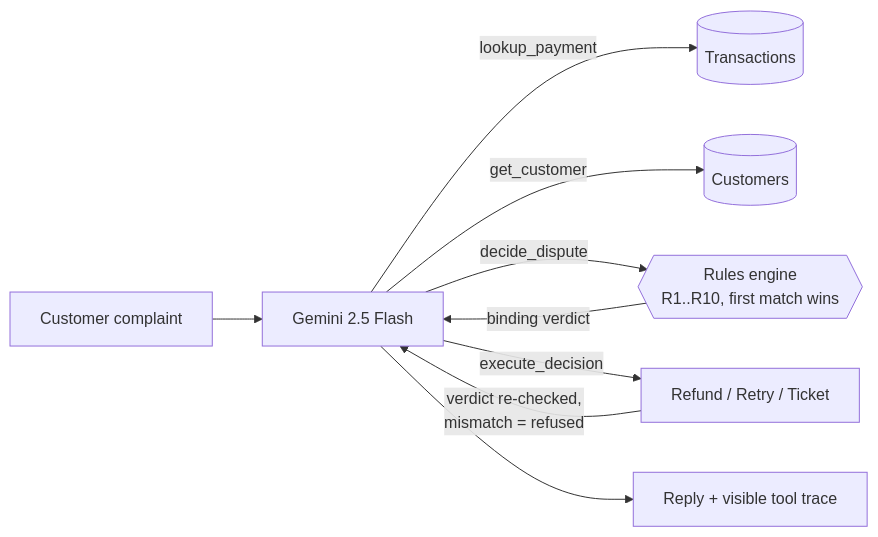
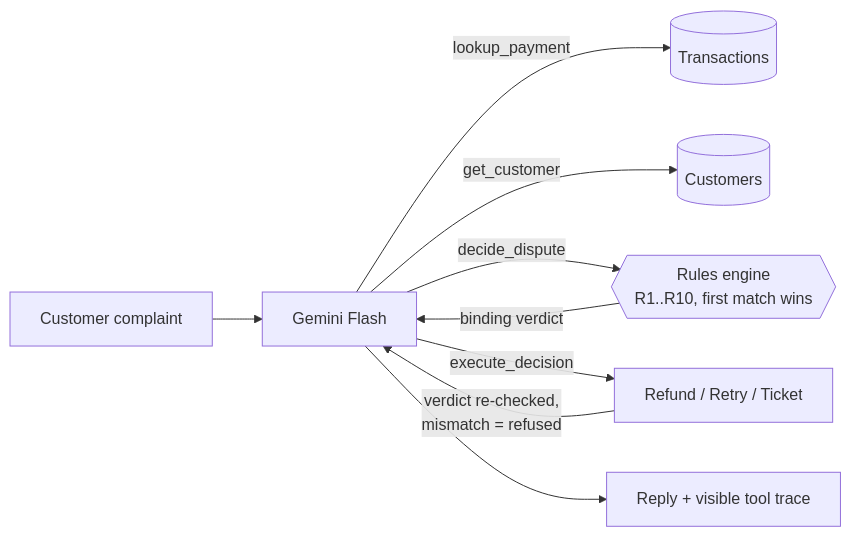
One commit to akshita317/razorpay-ai-build changed the diagram in README.md. Above: the diagram before and after it, drawn with Mermaid. The commit also changed other lines of this file and 2 other files, not shown here.

Commit message:
Add model fallback chain for free-tier availability

````diff
--- a/README.md
+++ b/README.md
@@ -33,11 +33,11 @@
 ```mermaid
 flowchart LR
-    U[Customer complaint] --> A[Gemini 2.5 Flash]
+    U[Customer complaint] --> A[Gemini Flash]
     A -->|lookup_payment| T[(Transactions)]
     A -->|get_customer| C[(Customers)]
     A -->|decide_dispute| R{{Rules engine\nR1..R10, first match wins}}
     R -->|binding verdict| A
     A -->|execute_decision| E[Refund / Retry / Ticket]
     E -->|verdict re-checked,\nmismatch = refused| A
     A --> right[Reply + visible tool trace]
 ```
````
